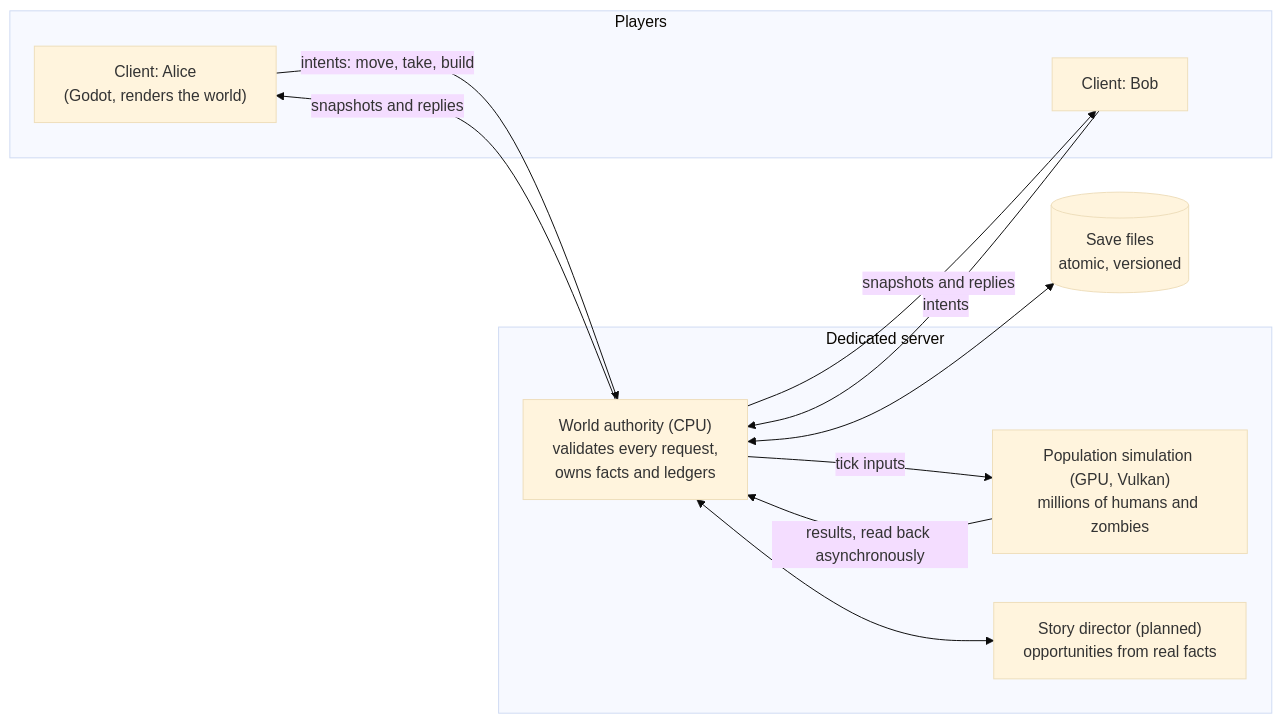
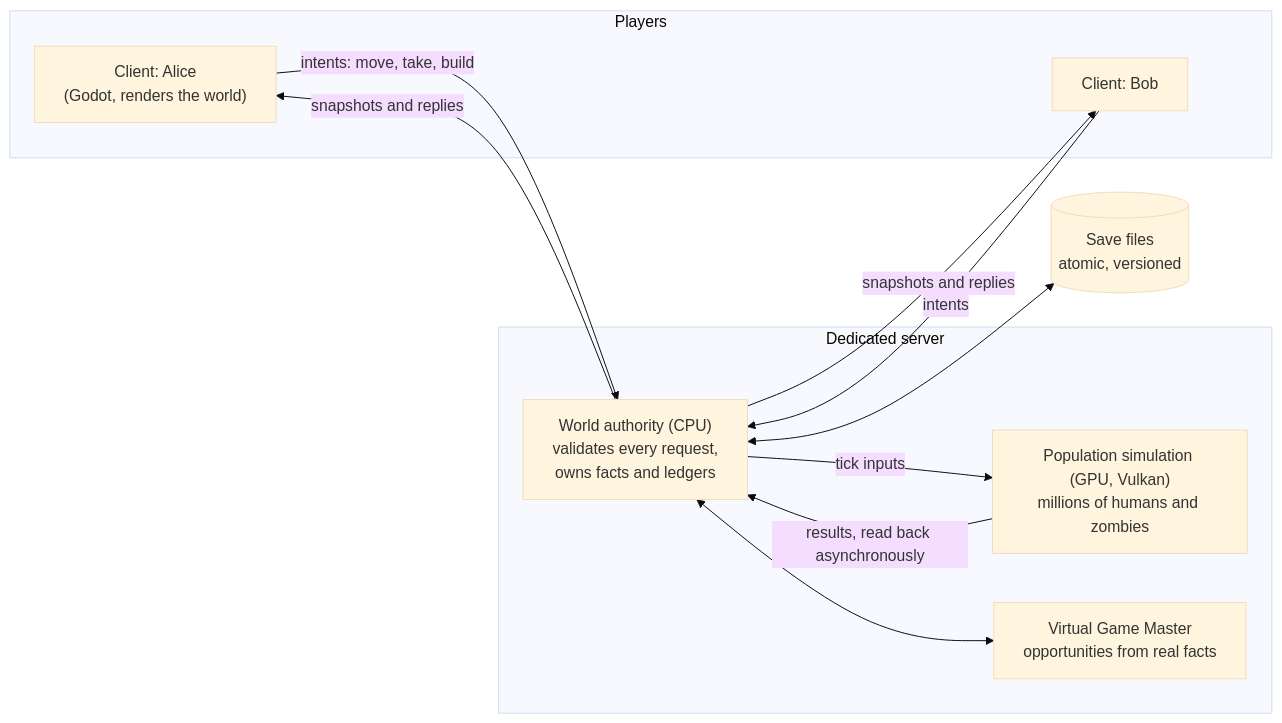
One commit to adrik0622/QuestSim changed the first of 8 diagrams in README.md. Above: the diagram before and after it, drawn with Mermaid (base theme). The commit also changed other lines of this file and 8 other files, not shown here.

````diff
--- a/README.md
+++ b/README.md
@@ -115,22 +121,22 @@
 ```mermaid
 flowchart LR
     subgraph Players
         A["Client: Alice<br/>(Godot, renders the world)"]
         B["Client: Bob"]
     end
     subgraph Server["Dedicated server"]
         AUTH["World authority (CPU)<br/>validates every request,<br/>owns facts and ledgers"]
         POP["Population simulation (GPU, Vulkan)<br/>millions of humans and zombies"]
-        STORY["Story director (planned)<br/>opportunities from real facts"]
+        STORY["Virtual Game Master<br/>opportunities from real facts"]
     end
     SAVE[("Save files<br/>atomic, versioned")]
 
     A -- "intents: move, take, build" --> AUTH
     B -- "intents" --> AUTH
     AUTH -- "snapshots and replies" --> A
     AUTH -- "snapshots and replies" --> B
     AUTH -- "tick inputs" --> POP
     POP -- "results, read back asynchronously" --> AUTH
     AUTH <--> STORY
     AUTH <--> SAVE
 ```
````
